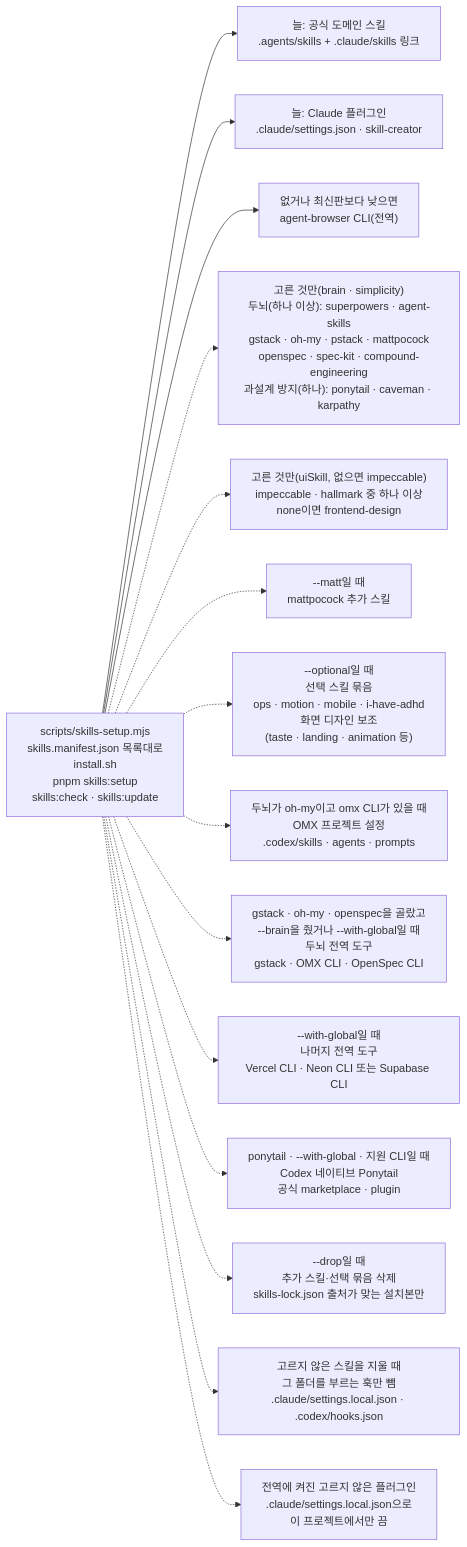
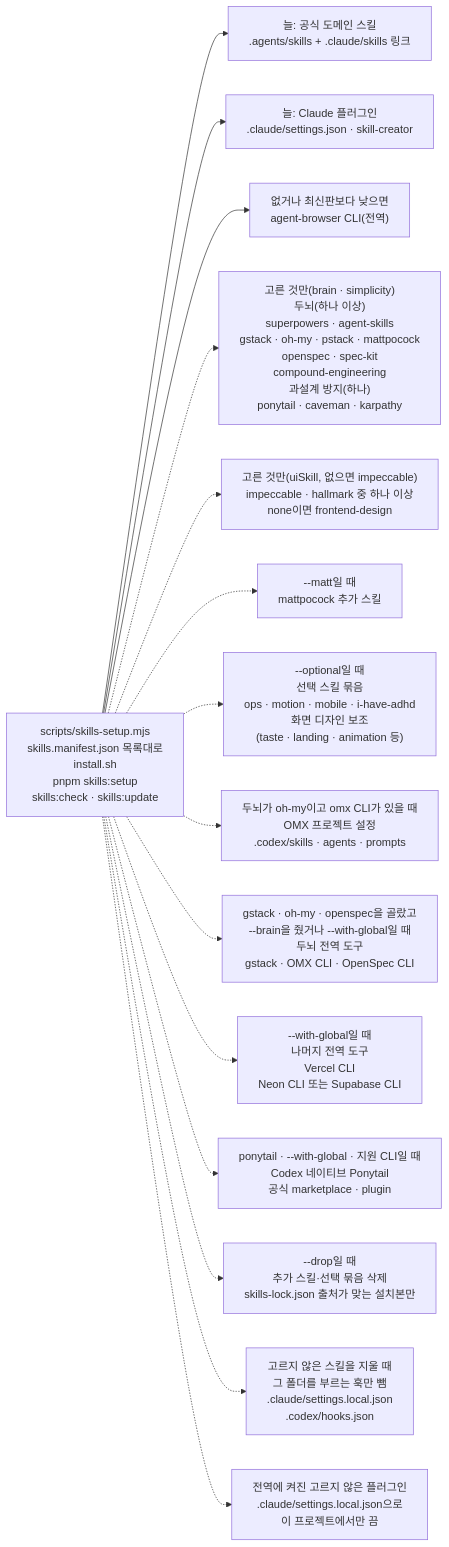
The diagram in handbook/skills/install-and-update.md (roadkwon-ai/pro-kit), drawn with Mermaid before and after one commit. The commit also changed 9 other files, not shown here.

````diff
--- a/handbook/skills/install-and-update.md
+++ b/handbook/skills/install-and-update.md
@@ -56,23 +56,23 @@
 ```mermaid
 ---
 config:
   flowchart:
     wrappingWidth: 290
 ---
 flowchart LR
   S["scripts/skills-setup.mjs<br/>skills.manifest.json 목록대로<br/>install.sh<br/>pnpm skills:setup<br/>skills:check · skills:update"]
   S --> P1["늘: 공식 도메인 스킬<br/>.agents/skills + .claude/skills 링크"]
   S --> P2["늘: Claude 플러그인<br/>.claude/settings.json · skill-creator"]
   S --> AB["없거나 최신판보다 낮으면<br/>agent-browser CLI(전역)"]
-  S -.-> SEL["고른 것만(brain · simplicity)<br/>두뇌(하나 이상): superpowers · agent-skills<br/>gstack · oh-my · pstack · mattpocock<br/>openspec · spec-kit · compound-engineering<br/>과설계 방지(하나): ponytail · caveman · karpathy"]
+  S -.-> SEL["고른 것만(brain · simplicity)<br/>두뇌(하나 이상)<br/>superpowers · agent-skills<br/>gstack · oh-my · pstack · mattpocock<br/>openspec · spec-kit<br/>compound-engineering<br/>과설계 방지(하나)<br/>ponytail · caveman · karpathy"]
   S -.-> UI["고른 것만(uiSkill, 없으면 impeccable)<br/>impeccable · hallmark 중 하나 이상<br/>none이면 frontend-design"]
   S -.-> MATT["--matt일 때<br/>mattpocock 추가 스킬"]
   S -.-> OPT["--optional일 때<br/>선택 스킬 묶음<br/>ops · motion · mobile · i-have-adhd<br/>화면 디자인 보조<br/>(taste · landing · animation 등)"]
   S -.-> P4["두뇌가 oh-my이고 omx CLI가 있을 때<br/>OMX 프로젝트 설정<br/>.codex/skills · agents · prompts"]
   S -.-> BG["gstack · oh-my · openspec을 골랐고<br/>--brain을 줬거나 --with-global일 때<br/>두뇌 전역 도구<br/>gstack · OMX CLI · OpenSpec CLI"]
-  S -.-> G["--with-global일 때<br/>나머지 전역 도구<br/>Vercel CLI · Neon CLI 또는 Supabase CLI"]
+  S -.-> G["--with-global일 때<br/>나머지 전역 도구<br/>Vercel CLI<br/>Neon CLI 또는 Supabase CLI"]
   S -.-> CP["ponytail · --with-global · 지원 CLI일 때<br/>Codex 네이티브 Ponytail<br/>공식 marketplace · plugin"]
   S -.-> DROP["--drop일 때<br/>추가 스킬·선택 묶음 삭제<br/>skills-lock.json 출처가 맞는 설치본만"]
-  S -.-> HK["고르지 않은 스킬을 지울 때<br/>그 폴더를 부르는 훅만 뺌<br/>.claude/settings.local.json · .codex/hooks.json"]
+  S -.-> HK["고르지 않은 스킬을 지울 때<br/>그 폴더를 부르는 훅만 뺌<br/>.claude/settings.local.json<br/>.codex/hooks.json"]
   S -.-> LOC["전역에 켜진 고르지 않은 플러그인<br/>.claude/settings.local.json으로<br/>이 프로젝트에서만 끔"]
 ```
````
